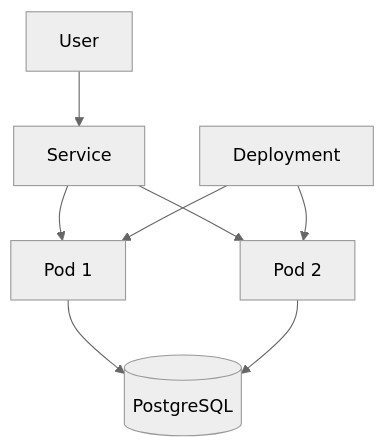
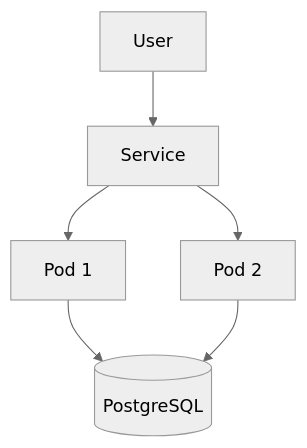
The fifth of 6 diagrams in README.md (Oussama-Ait-Youss/JAVA---Roadmap-Cheat-Sheet-), drawn with Mermaid (neutral theme) before and after one commit. The commit also changed other lines of this file, not shown here.

Commit message:
second version of the roadmap

````diff
--- a/README.md
+++ b/README.md
@@ -4330,12 +4224,8 @@
 ```mermaid
 flowchart TD
     U[User] --> S[Service]
     S --> P1[Pod 1]
     S --> P2[Pod 2]
-
-    D[Deployment] --> P1
-    D --> P2
-
     P1 --> DB[(PostgreSQL)]
     P2 --> DB
 ```
````
